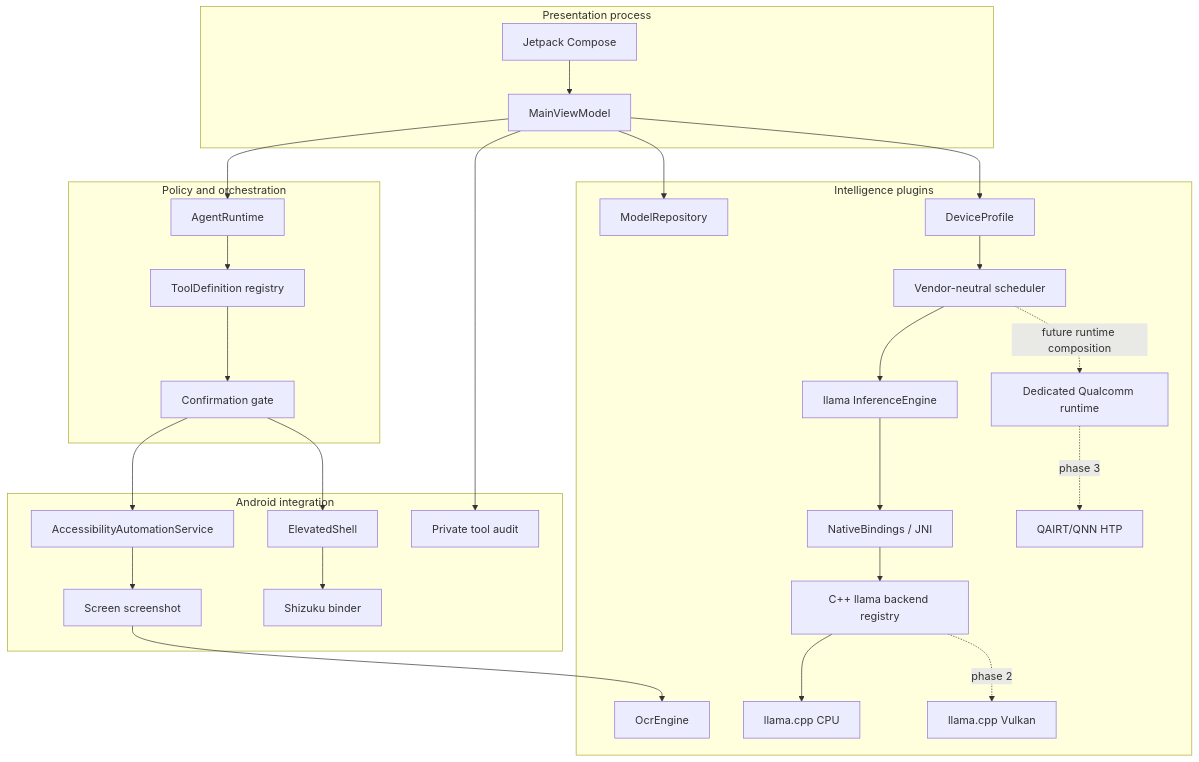
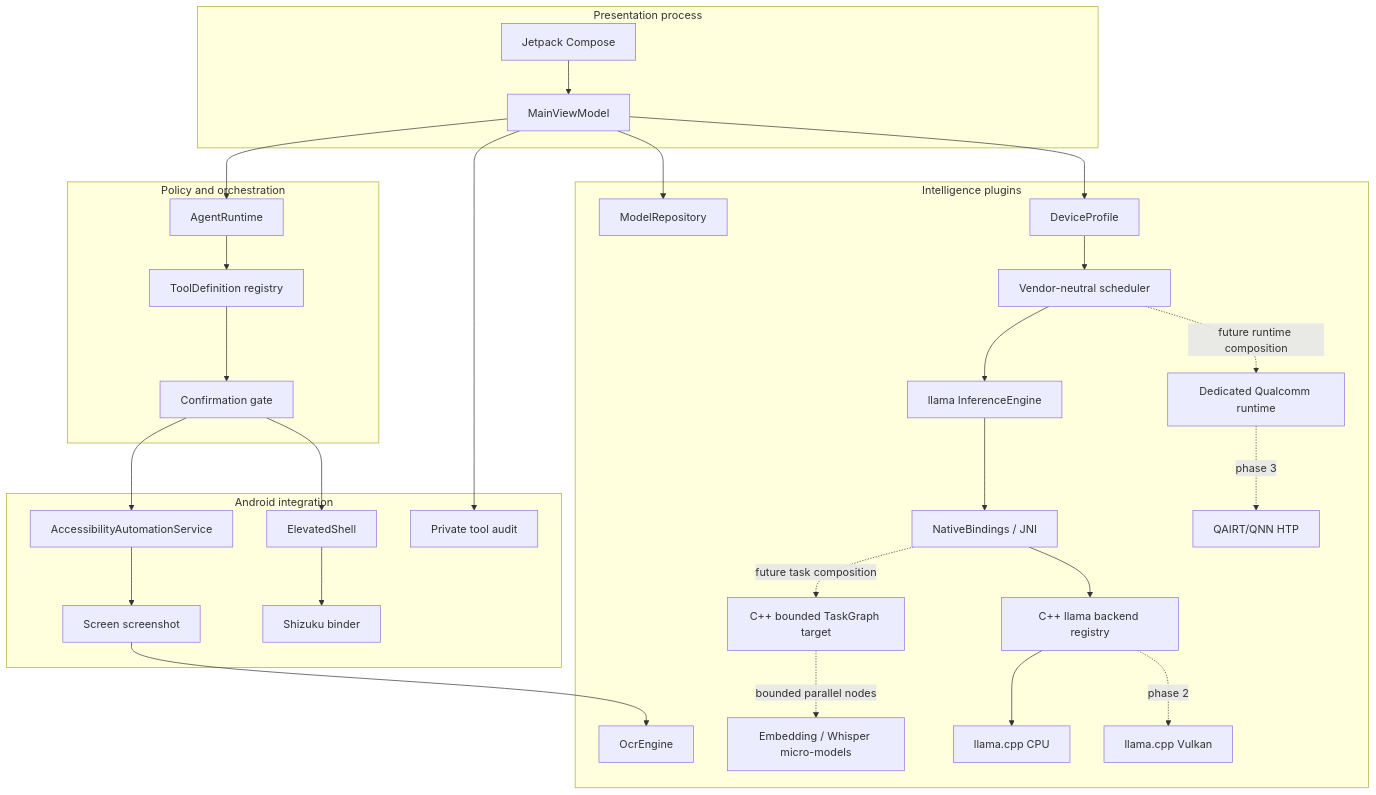
Before and after one commit to soobujmiah/lai: the first of 2 diagrams in docs/ARCHITECTURE.md, drawn with Mermaid. The commit also changed other lines of this file and 8 other files, not shown here.

Commit message:
docs: merge multimodal tools storage and advanced roadmap

````diff
--- a/docs/ARCHITECTURE.md
+++ b/docs/ARCHITECTURE.md
@@ -13,54 +13,58 @@
 ```mermaid
 flowchart TB
   subgraph Presentation[Presentation process]
     UI[Jetpack Compose]
     VM[MainViewModel]
     UI --> VM
   end
 
   subgraph Orchestration[Policy and orchestration]
     AR[AgentRuntime]
     TC[ToolDefinition registry]
     CG[Confirmation gate]
     AR --> TC
     TC --> CG
   end
 
   subgraph Android[Android integration]
     AS[AccessibilityAutomationService]
     SS[Screen screenshot]
     SH[ElevatedShell]
     SZ[Shizuku binder]
     PA[Private tool audit]
     AS --> SS
     SH --> SZ
   end
 
   subgraph Intelligence[Intelligence plugins]
     MR[ModelRepository]
     OE[OcrEngine]
     DP[DeviceProfile]
     IS[Vendor-neutral scheduler]
     IE[llama InferenceEngine]
     JNI[NativeBindings / JNI]
     BR[C++ llama backend registry]
+    TG[C++ bounded TaskGraph target]
+    MICRO[Embedding / Whisper micro-models]
     CPU[llama.cpp CPU]
     VK[llama.cpp Vulkan]
     QR[Dedicated Qualcomm runtime]
     QNN[QAIRT/QNN HTP]
     DP --> IS --> IE
     IE --> JNI --> BR
+    JNI -. future task composition .-> TG
+    TG -. bounded parallel nodes .-> MICRO
     BR --> CPU
     BR -. phase 2 .-> VK
     IS -. future runtime composition .-> QR
     QR -. phase 3 .-> QNN
   end
 
   VM --> AR
   VM --> MR
   VM --> DP
   VM --> PA
   CG --> AS
   CG --> SH
   SS --> OE
 ```
````
